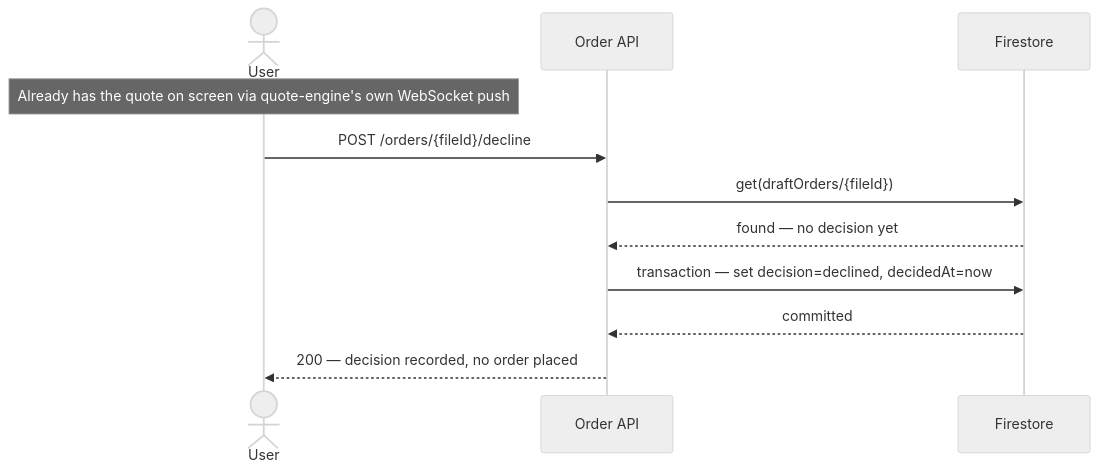
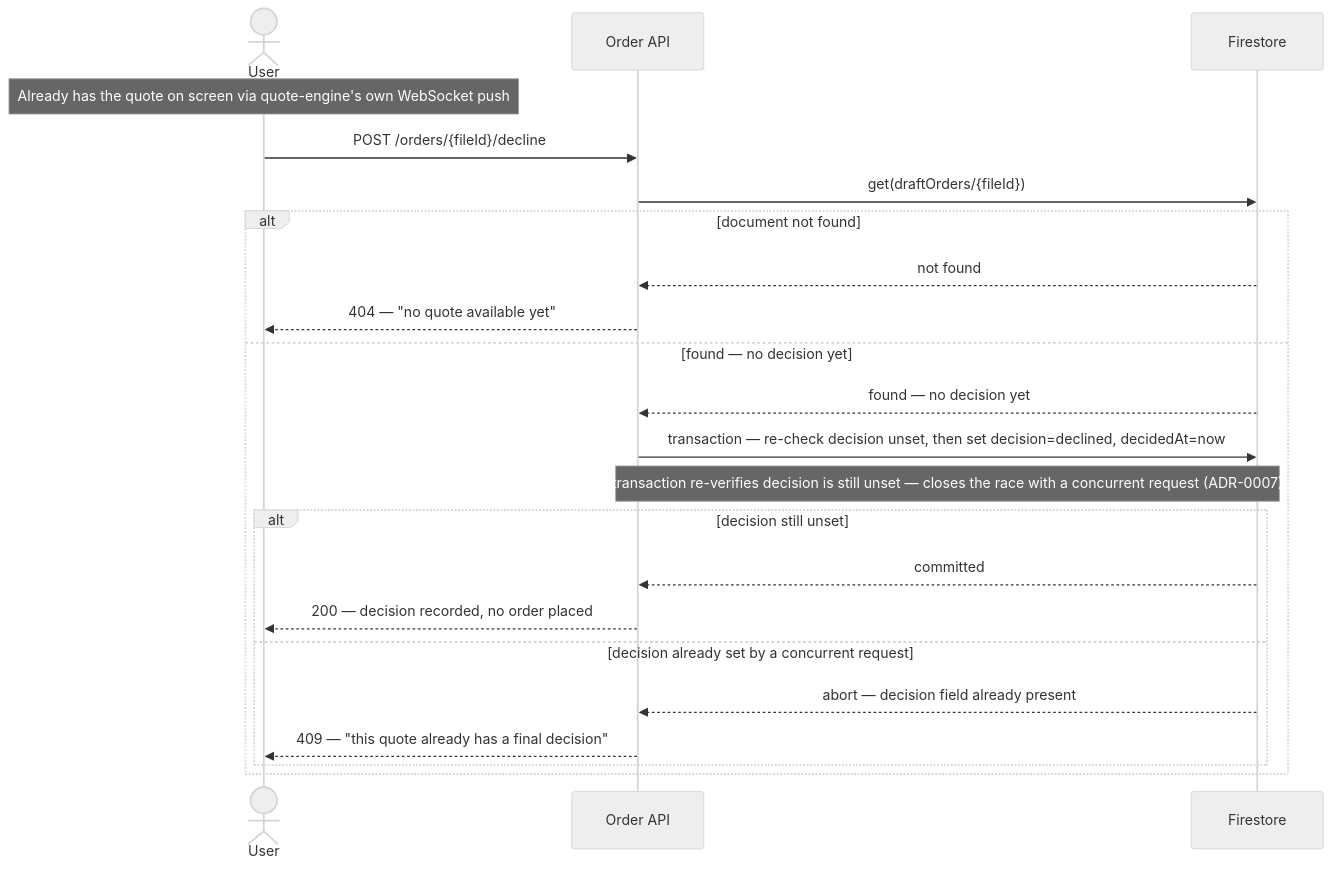
One commit to yahacom/print-marketplace changed the fourth of 8 diagrams in docs/features/order-confirmation/sad.md. Above: the diagram before and after it, drawn with Mermaid (neutral theme). The commit also changed other lines of this file and 1 other file, not shown here.

First line of the commit message:
06: complete sequence coverage for order-confirmation

````diff
--- a/docs/features/order-confirmation/sad.md
+++ b/docs/features/order-confirmation/sad.md
@@ -174,13 +189,24 @@
 ```mermaid
 sequenceDiagram
     actor User
     participant API as Order API
     participant FS as Firestore
     Note over User: Already has the quote on screen via quote-engine's own WebSocket push
     User->>API: POST /orders/{fileId}/decline
     API->>FS: get(draftOrders/{fileId})
-    FS-->>API: found — no decision yet
-    API->>FS: transaction — set decision=declined, decidedAt=now
-    FS-->>API: committed
-    API-->>User: 200 — decision recorded, no order placed
+    alt document not found
+        FS-->>API: not found
+        API-->>User: 404 — "no quote available yet"
+    else found — no decision yet
+        FS-->>API: found — no decision yet
+        API->>FS: transaction — re-check decision unset, then set decision=declined, decidedAt=now
+        Note over API,FS: transaction re-verifies decision is still unset — closes the race with a concurrent request (ADR-0007)
+        alt decision still unset
+            FS-->>API: committed
+            API-->>User: 200 — decision recorded, no order placed
+        else decision already set by a concurrent request
+            FS-->>API: abort — decision field already present
+            API-->>User: 409 — "this quote already has a final decision"
+        end
+    end
 ```
````
